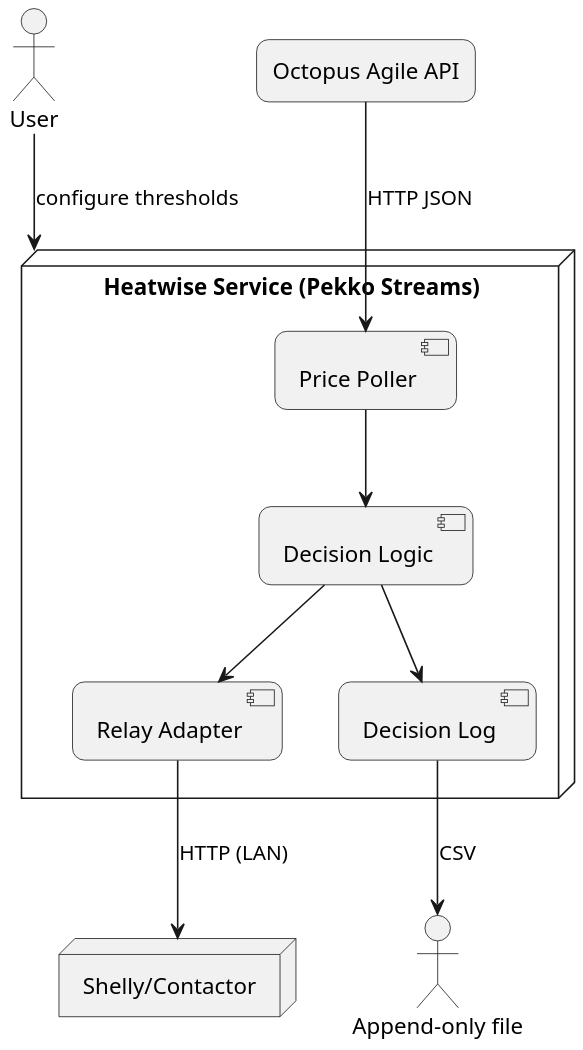
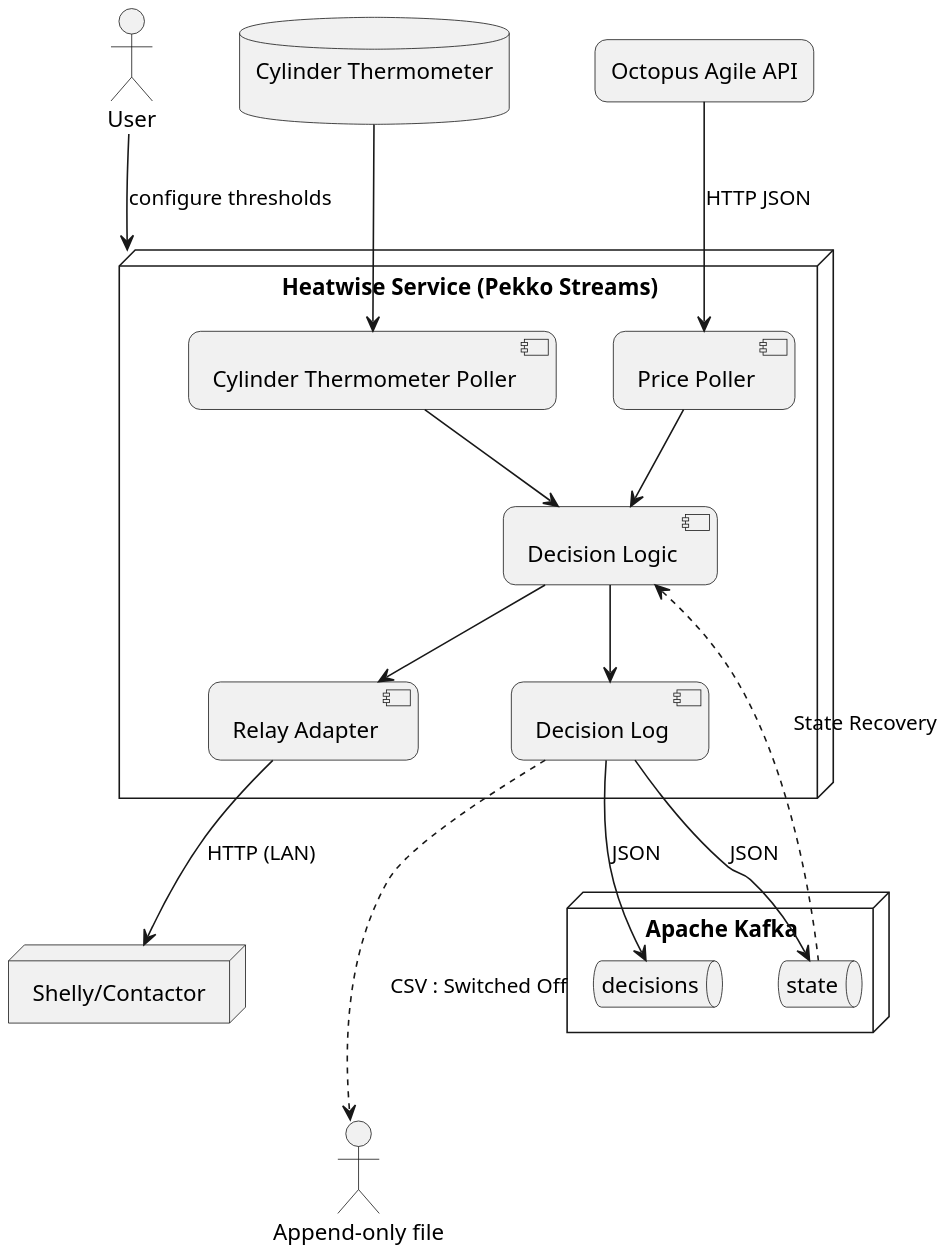
One commit to blondacz/heatwise changed the diagram in docs/content/diagrams/basic.puml. Above: the diagram before and after it, drawn with PlantUML. The commit also changed 4 other files, not shown here.

```diff
--- a/docs/content/diagrams/basic.puml
+++ b/docs/content/diagrams/basic.puml
@@ -1,19 +1,31 @@
 @startuml
 skinparam roundcorner 15
 skinparam shadowing false
 skinparam dpi 180
 
 actor User
+database "Cylinder Thermometer\n" as CT
+
 rectangle "Octopus Agile API" as Octopus
 node "Heatwise Service (Pekko Streams)" as App {
   [Price Poller] --> [Decision Logic]
   [Decision Logic] --> [Relay Adapter]
   [Decision Logic] --> [Decision Log]
+  [Cylinder Thermometer Poller] --> [Decision Logic]
 }
 node "Shelly/Contactor" as Relay
+
+node "Apache Kafka" as Kafka {
+  queue "decisions"
+  queue "state"
+}
 
 User --> App : configure thresholds
 Octopus --> [Price Poller] : HTTP JSON
 [Relay Adapter] --> Relay : HTTP (LAN)
-[Decision Log] --> "Append-only file" : CSV
+[Decision Log] ...> "Append-only file" : CSV : Switched Off
+[Decision Log] --> "decisions" : JSON
+[Decision Log] --> "state" : JSON
+[Decision Logic] <... "state" : State Recovery
+CT --> [Cylinder Thermometer Poller]
 @enduml
```
